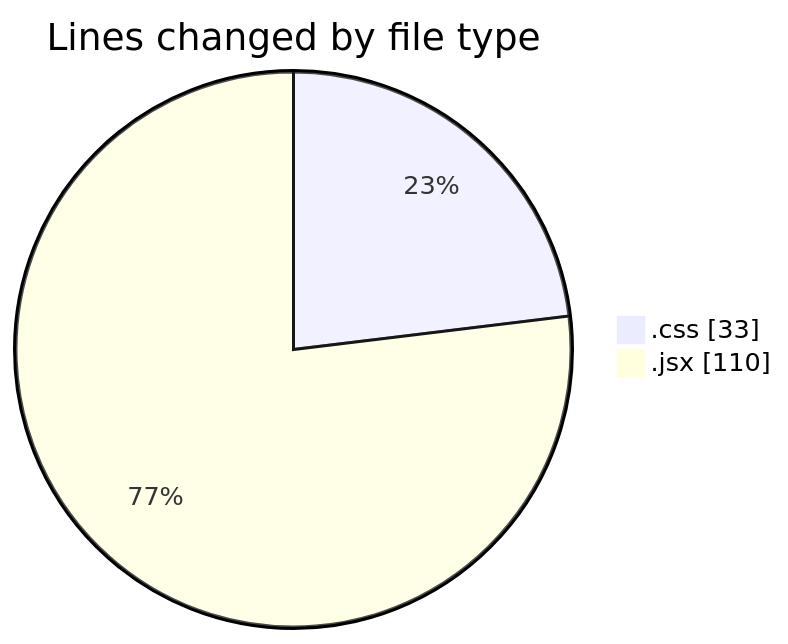
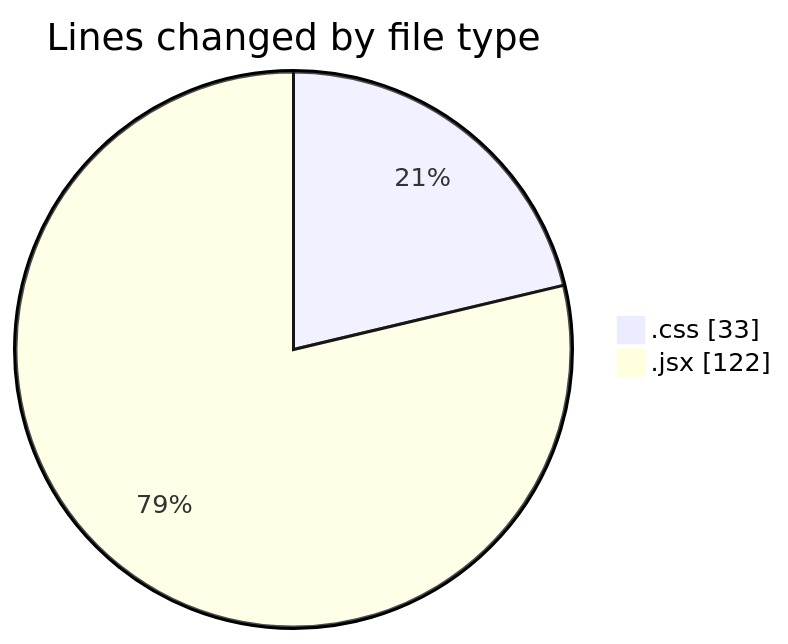
Before and after one commit to Elitesun/code-tracking: the first of 2 diagrams in 2025-02-14/elitegpt/README.md, drawn with Mermaid. The commit also changed other lines of this file and 1 other file, not shown here.

````diff
--- a/2025-02-14/elitegpt/README.md
+++ b/2025-02-14/elitegpt/README.md
@@ -23,6 +23,6 @@
 ```mermaid
 pie showData
 title Lines changed by file type
 ".css" : 33
-".jsx" : 110
+".jsx" : 122
 ```
````
